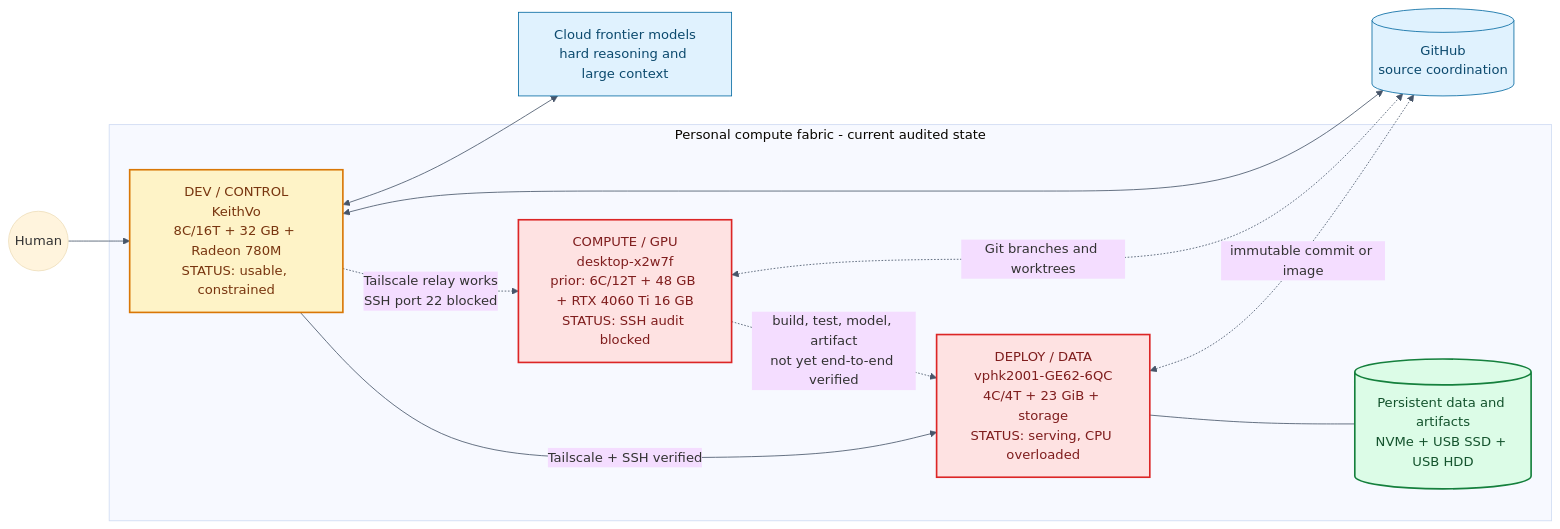
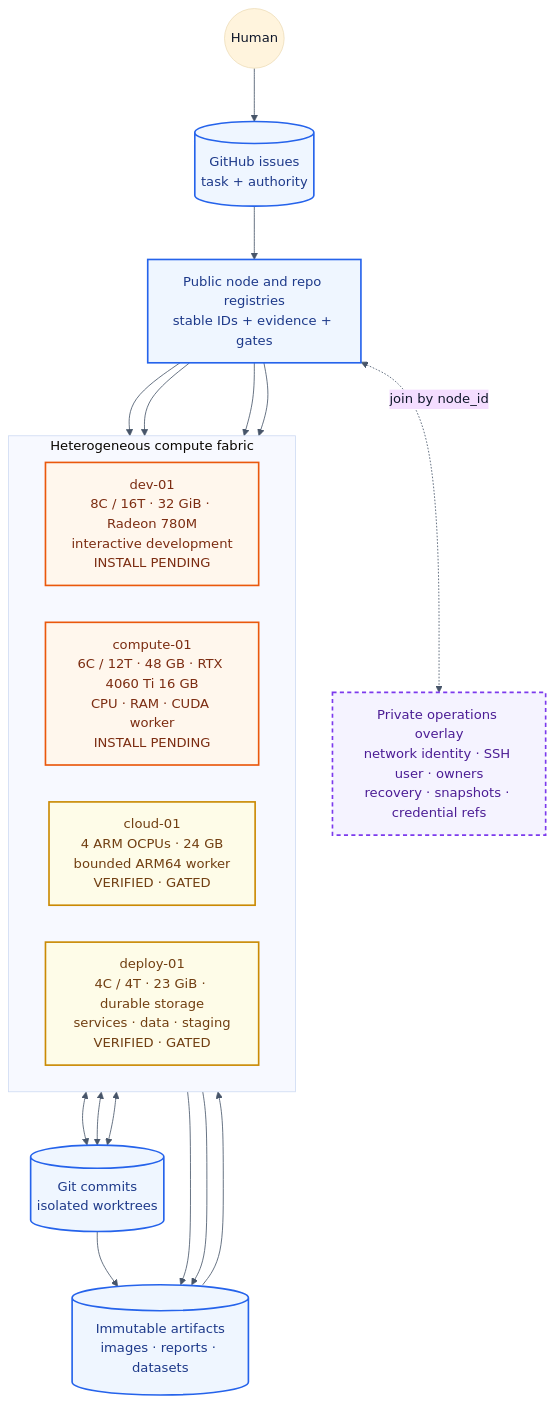
Before and after one commit to Kitkitkittt/heterogeneous-compute-fabric: the diagram in docs/diagrams/current-fabric.mmd, drawn with Mermaid. The commit also changed 27 other files, not shown here.

Commit message:
docs: define scalable public-safe compute fabric

```diff
--- a/docs/diagrams/current-fabric.mmd
+++ b/docs/diagrams/current-fabric.mmd
@@ -1,31 +1,36 @@
-%%{init: {"theme":"base","themeVariables":{"background":"#ffffff","fontFamily":"Arial, sans-serif","lineColor":"#475569"}}}%%
-flowchart LR
-  Cloud["Cloud frontier models<br/>hard reasoning and large context"]
-  GitHub[("GitHub<br/>source coordination")]
+%%{init: {"theme": "base", "themeVariables": {"fontFamily": "Inter, Segoe UI, sans-serif", "primaryTextColor": "#0f172a", "lineColor": "#475569"}, "flowchart": {"curve": "basis", "nodeSpacing": 45, "rankSpacing": 65}}}%%
+flowchart TB
+    Human((Human)) --> Issues[(GitHub issues<br/>task + authority)] --> Registry["Public node and repo registries<br/>stable IDs + evidence + gates"]
+    Registry <-. "join by node_id" .-> Private["Private operations overlay<br/>network identity · SSH user · owners<br/>recovery · snapshots · credential refs"]
 
-  subgraph Fabric["Personal compute fabric - current audited state"]
-    Dev["DEV / CONTROL<br/>KeithVo<br/>8C/16T + 32 GB + Radeon 780M<br/>STATUS: usable, constrained"]
-    Compute["COMPUTE / GPU<br/>desktop-x2w7f<br/>prior: 6C/12T + 48 GB + RTX 4060 Ti 16 GB<br/>STATUS: SSH audit blocked"]
-    Deploy["DEPLOY / DATA<br/>vphk2001-GE62-6QC<br/>4C/4T + 23 GiB + storage<br/>STATUS: serving, CPU overloaded"]
-    Data[("Persistent data and artifacts<br/>NVMe + USB SSD + USB HDD")]
-  end
+    subgraph Fabric["Heterogeneous compute fabric"]
+        direction LR
+        Dev["dev-01<br/>8C / 16T · 32 GiB · Radeon 780M<br/>interactive development<br/>INSTALL PENDING"]
+        Compute["compute-01<br/>6C / 12T · 48 GB · RTX 4060 Ti 16 GB<br/>CPU · RAM · CUDA worker<br/>INSTALL PENDING"]
+        Cloud["cloud-01<br/>4 ARM OCPUs · 24 GB<br/>bounded ARM64 worker<br/>VERIFIED · GATED"]
+        Deploy["deploy-01<br/>4C / 4T · 23 GiB · durable storage<br/>services · data · staging<br/>VERIFIED · GATED"]
+    end
 
-  User(("Human")) --> Dev
-  Dev <--> Cloud
-  Dev <--> GitHub
-  Compute <-.->|"Git branches and worktrees"| GitHub
-  Deploy <-.->|"immutable commit or image"| GitHub
-  Dev -.->|"Tailscale relay works<br/>SSH port 22 blocked"| Compute
-  Dev -->|"Tailscale + SSH verified"| Deploy
-  Compute -.->|"build, test, model, artifact<br/>not yet end-to-end verified"| Deploy
-  Deploy --- Data
+    Git[("Git commits<br/>isolated worktrees")]
+    Artifacts[("Immutable artifacts<br/>images · reports · datasets")]
 
-  classDef good fill:#dcfce7,stroke:#15803d,color:#14532d,stroke-width:2px
-  classDef warn fill:#fef3c7,stroke:#d97706,color:#78350f,stroke-width:2px
-  classDef blocked fill:#fee2e2,stroke:#dc2626,color:#7f1d1d,stroke-width:2px
-  classDef external fill:#e0f2fe,stroke:#0369a1,color:#0c4a6e
-  class Dev warn
-  class Compute blocked
-  class Deploy blocked
-  class Cloud,GitHub external
-  class Data good
+    Registry --> Dev
+    Registry --> Compute
+    Registry --> Cloud
+    Registry --> Deploy
+    Dev <--> Git
+    Compute <--> Git
+    Cloud <--> Git
+    Git --> Artifacts
+    Compute --> Artifacts
+    Cloud --> Artifacts
+    Artifacts --> Deploy
+
+    classDef pending fill:#fff7ed,stroke:#ea580c,color:#7c2d12,stroke-width:2px;
+    classDef gated fill:#fefce8,stroke:#ca8a04,color:#713f12,stroke-width:2px;
+    classDef control fill:#eff6ff,stroke:#2563eb,color:#1e3a8a,stroke-width:2px;
+    classDef private fill:#f5f3ff,stroke:#7c3aed,color:#4c1d95,stroke-width:2px,stroke-dasharray: 5 4;
+    class Dev,Compute pending;
+    class Cloud,Deploy gated;
+    class Issues,Registry,Git,Artifacts control;
+    class Private private;
```
